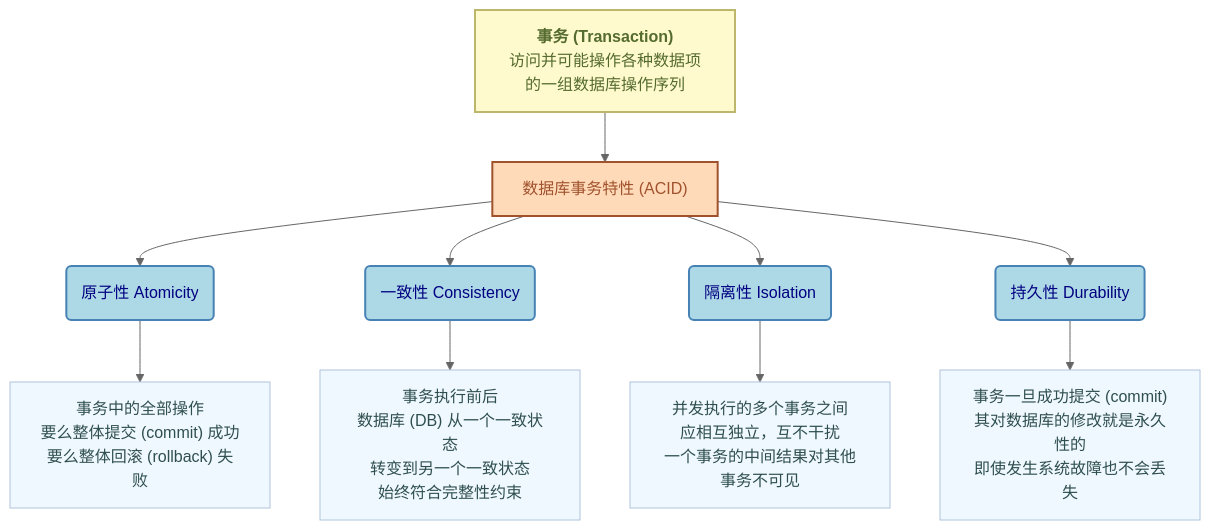
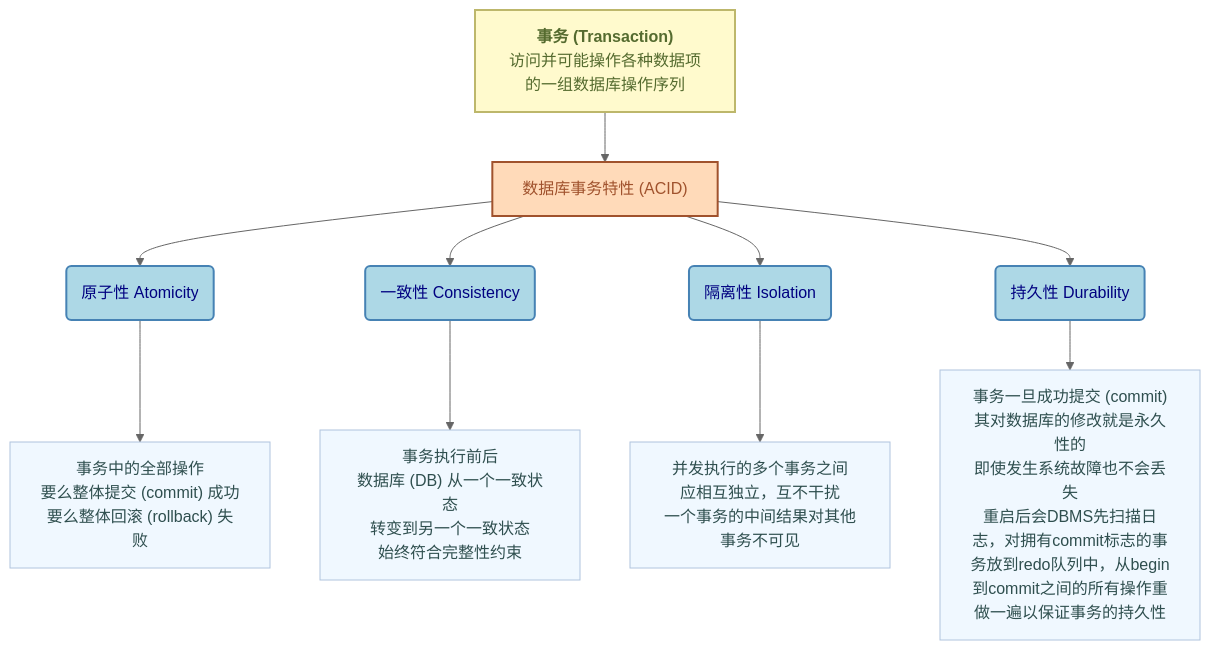
The second of 32 diagrams in 软考笔记-软考中级-软件设计师.md (luotaofun/software-designer), drawn with Mermaid (neutral theme) before and after one commit. The commit also changed other lines of this file and 1 other file, not shown here.

````diff
--- a/软考笔记-软考中级-软件设计师.md
+++ b/软考笔记-软考中级-软件设计师.md
@@ -69,25 +71,25 @@
 ```mermaid
 graph TD
     T_def["<strong>事务 (Transaction)</strong><br/>访问并可能操作各种数据项的一组数据库操作序列"] --> A
     A["数据库事务特性 (ACID)"] --> B(原子性 Atomicity)
     A --> C(一致性 Consistency)
     A --> D(隔离性 Isolation)
     A --> E(持久性 Durability)
 
     B --> B_desc["事务中的全部操作<br/>要么整体提交 (commit) 成功<br/>要么整体回滚 (rollback) 失败"]
     C --> C_desc["事务执行前后<br/>数据库 (DB) 从一个一致状态<br/>转变到另一个一致状态<br/>始终符合完整性约束"]
     D --> D_desc["并发执行的多个事务之间<br/>应相互独立，互不干扰<br/>一个事务的中间结果对其他事务不可见"]
-    E --> E_desc["事务一旦成功提交 (commit)<br/>其对数据库的修改就是永久性的<br/>即使发生系统故障也不会丢失"]
+    E --> E_desc["事务一旦成功提交 (commit)<br/>其对数据库的修改就是永久性的<br/>即使发生系统故障也不会丢失<br/>重启后会DBMS先扫描日志，对拥有commit标志的事务放到redo队列中，从begin到commit之间的所有操作重做一遍以保证事务的持久性"]
 
     %% 样式定义
     style T_def fill:#FFFACD,stroke:#BDB76B,stroke-width:2px,color:#556B2F
     style A fill:#FFDAB9,stroke:#A0522D,stroke-width:2px,color:#A0522D
     style B fill:#ADD8E6,stroke:#4682B4,stroke-width:2px,color:#000080
     style C fill:#ADD8E6,stroke:#4682B4,stroke-width:2px,color:#000080
     style D fill:#ADD8E6,stroke:#4682B4,stroke-width:2px,color:#000080
     style E fill:#ADD8E6,stroke:#4682B4,stroke-width:2px,color:#000080
     style B_desc fill:#F0F8FF,stroke:#B0C4DE,stroke-width:1px,color:#2F4F4F
     style C_desc fill:#F0F8FF,stroke:#B0C4DE,stroke-width:1px,color:#2F4F4F
     style D_desc fill:#F0F8FF,stroke:#B0C4DE,stroke-width:1px,color:#2F4F4F
     style E_desc fill:#F0F8FF,stroke:#B0C4DE,stroke-width:1px,color:#2F4F4F
 ```
````
